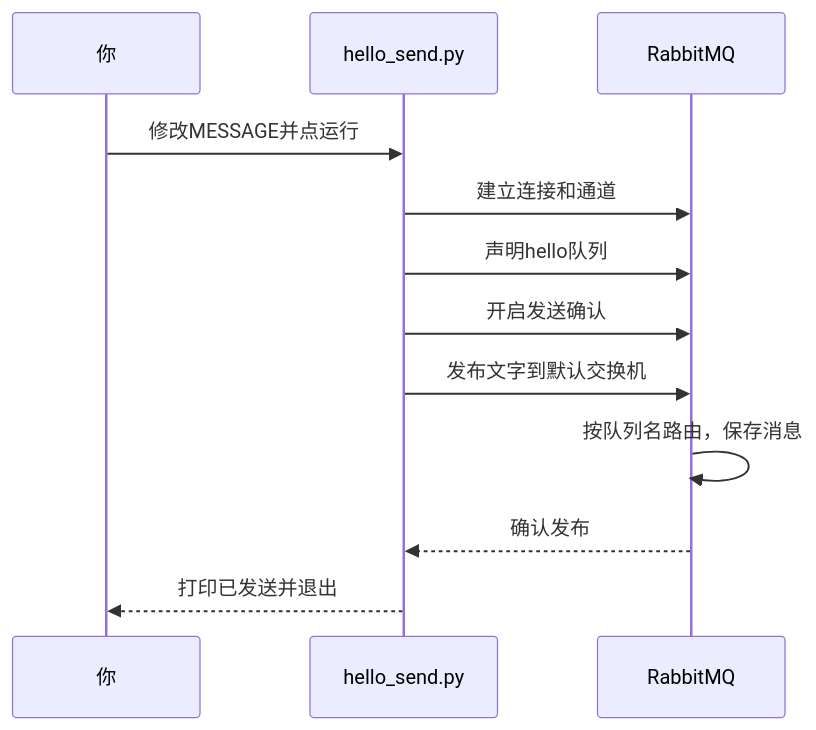
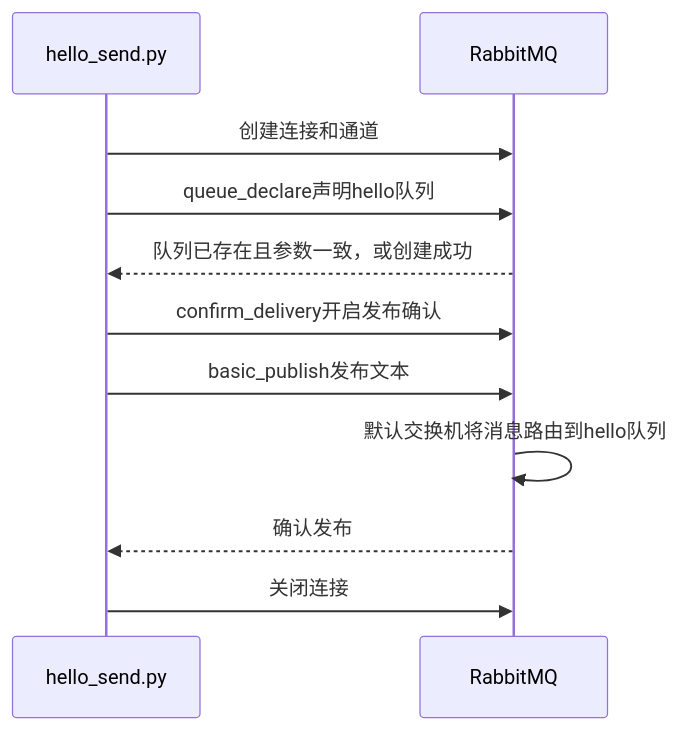
One commit to tianshiyang/ai-lab changed the third of 13 diagrams in rabbitMQ学习/README.md. Above: the diagram before and after it, drawn with Mermaid. The commit also changed other lines of this file and 2 other files, not shown here.

````diff
--- a/rabbitMQ学习/README.md
+++ b/rabbitMQ学习/README.md
@@ -326,14 +199,13 @@
 ```mermaid
 sequenceDiagram
-    participant U as 你
     participant P as hello_send.py
     participant R as RabbitMQ
-    U->>P: 修改MESSAGE并点运行
-    P->>R: 建立连接和通道
-    P->>R: 声明hello队列
-    P->>R: 开启发送确认
-    P->>R: 发布文字到默认交换机
-    R->>R: 按队列名路由，保存消息
+    P->>R: 创建连接和通道
+    P->>R: queue_declare声明hello队列
+    R-->>P: 队列已存在且参数一致，或创建成功
+    P->>R: confirm_delivery开启发布确认
+    P->>R: basic_publish发布文本
+    R->>R: 默认交换机将消息路由到hello队列
     R-->>P: 确认发布
-    P-->>U: 打印已发送并退出
+    P->>R: 关闭连接
 ```
````
